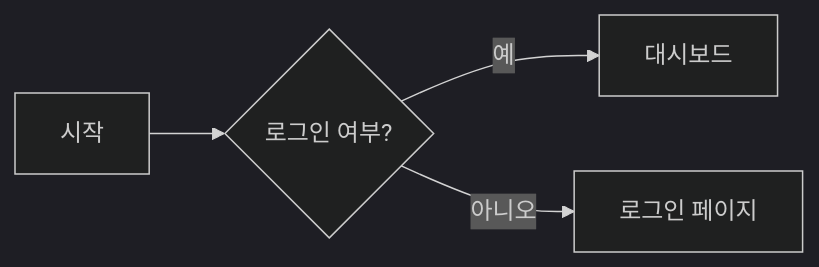
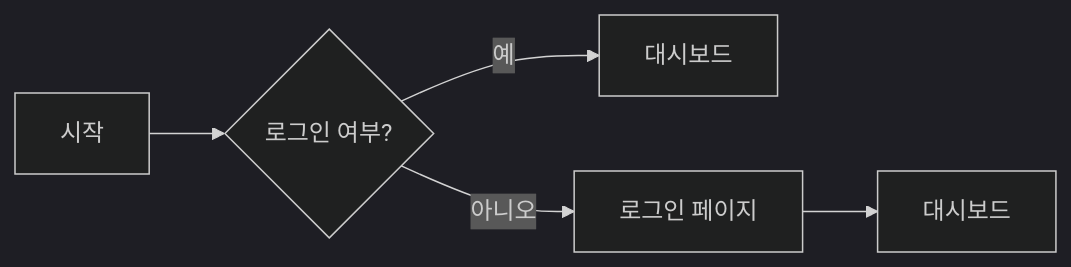
Before and after one commit to kikyung/kikyung.github.io: the diagram in _posts/2025-09-23-mermaid-chart-1-소개-flowchart.md, drawn with Mermaid (dark theme). The commit also changed other lines of this file and 1 other file, not shown here.

Commit message:
mermaid 활성화

````diff
--- a/_posts/2025-09-23-mermaid-chart-1-소개-flowchart.md
+++ b/_posts/2025-09-23-mermaid-chart-1-소개-flowchart.md
@@ -56,6 +55,6 @@
 ```mermaid
 flowchart LR
   A[시작] --> B{로그인 여부?}
   B -- 예 --> C[대시보드]
-  B -- 아니오 --> D[로그인 페이지]
+  B -- 아니오 --> D[로그인 페이지] --> F[대시보드]
 ```
````
